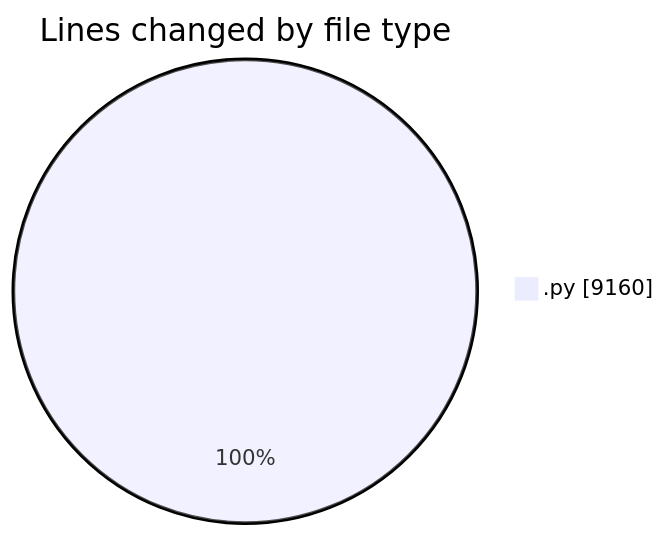
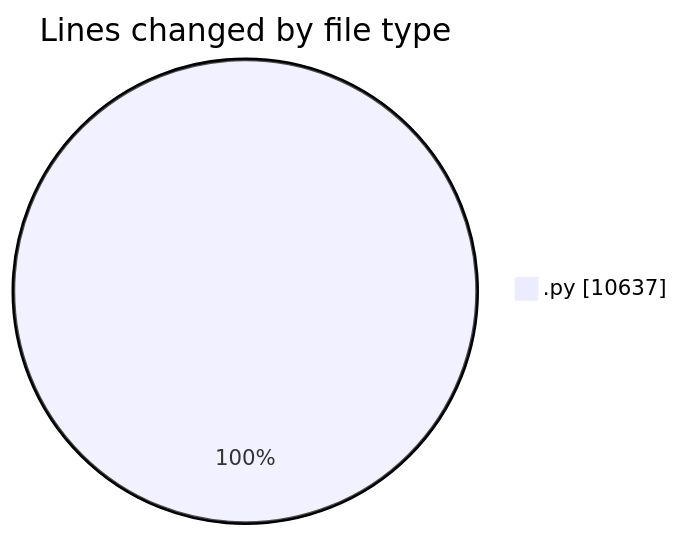
One commit to jrari/code-tracking changed the first of 2 diagrams in 2025-07-14/telebot/README.md. Above: the diagram before and after it, drawn with Mermaid. The commit also changed other lines of this file and 1 other file, not shown here.

````diff
--- a/2025-07-14/telebot/README.md
+++ b/2025-07-14/telebot/README.md
@@ -31,5 +34,5 @@
 ```mermaid
 pie showData
 title Lines changed by file type
-".py" : 9160
+".py" : 10637
 ```
````
